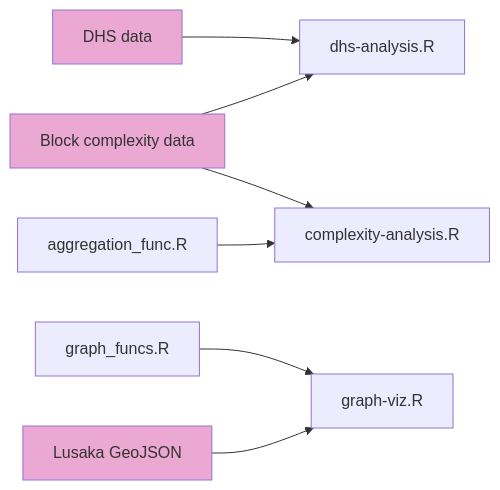
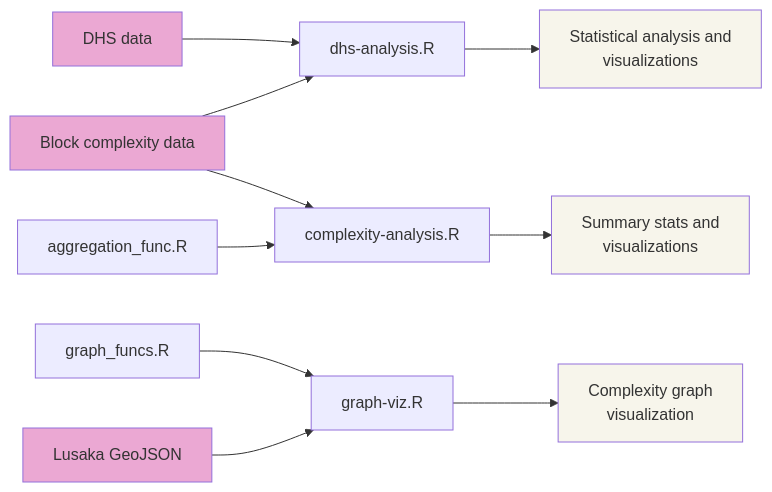
The diagram in ReadMe.md (mansueto-institute/kblock-analysis), drawn with Mermaid before and after one commit.

````diff
--- a/ReadMe.md
+++ b/ReadMe.md
@@ -22,14 +22,21 @@
 ```mermaid
 graph LR
 G[DHS data] --> C
 A[Block complexity data] --> B[complexity-analysis.R]
 E[aggregation_func.R] --> B
 A --> C[dhs-analysis.R]
+B --> Z[Summary stats and<br>visualizations]
+C --> X[Statistical analysis and<br>visualizations]
 
 F[graph_funcs.R] --> D[graph-viz.R]
 J[Lusaka GeoJSON] --> D
+D --> Y[Complexity graph<br>visualization]
 
 style A fill:#eba8d3
 style G fill:#eba8d3
 style J fill:#eba8d3
+
+style Z fill: #f7f5eb
+style X fill: #f7f5eb
+style Y fill: #f7f5eb
 ```
````
